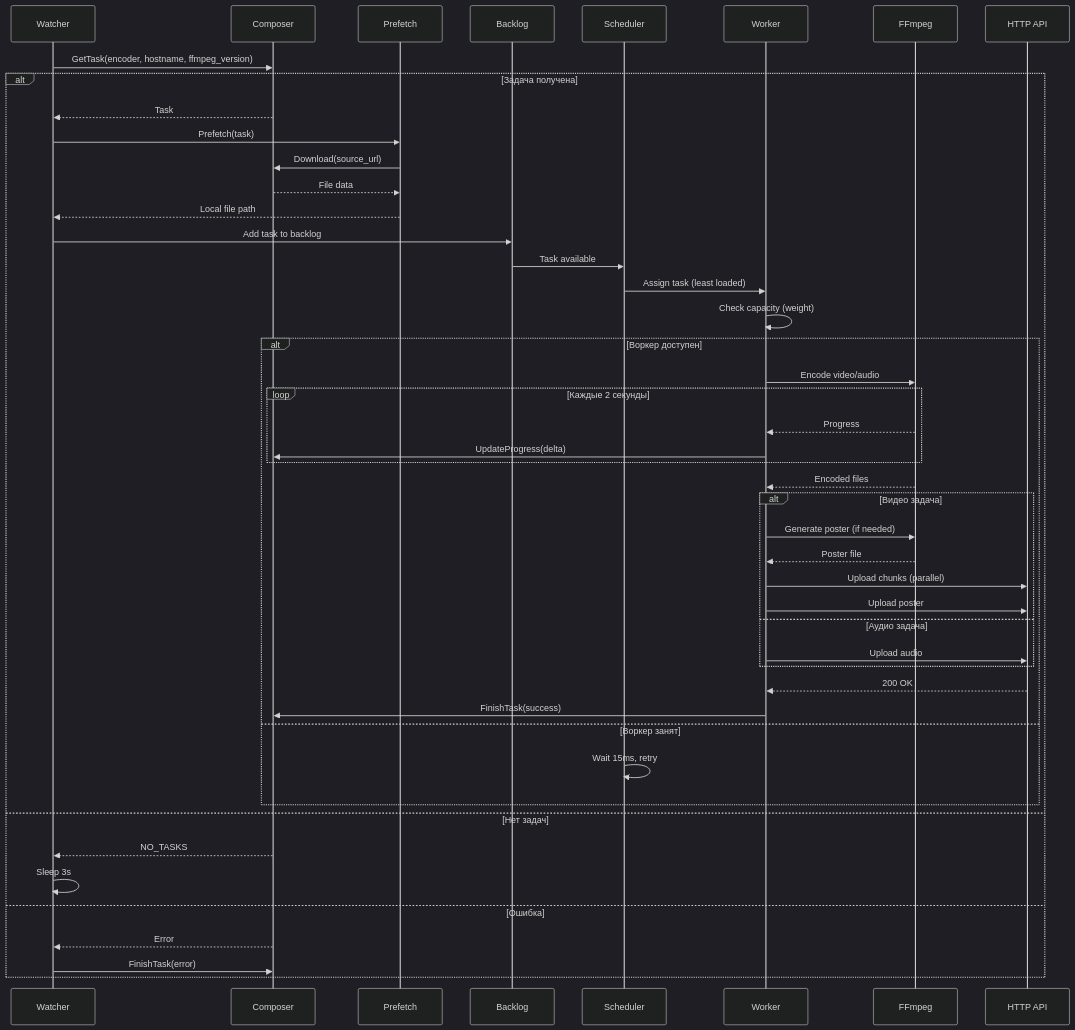
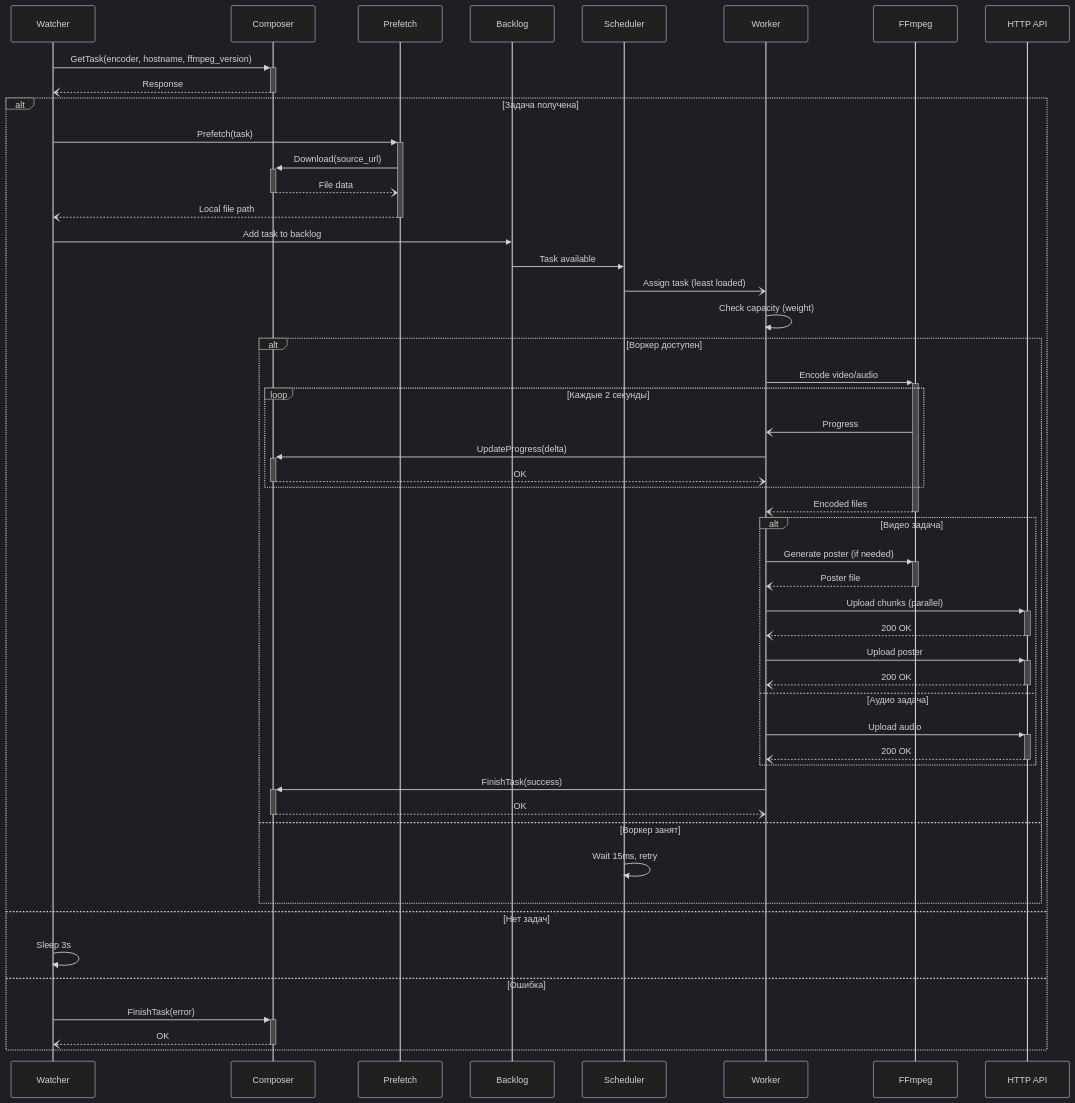
The second of 8 diagrams in docs/other/uml-stuff.md (timohahaa/transcoder), drawn with Mermaid (dark theme) before and after one commit. The commit also changed 2 other files, not shown here.

Commit message:
update seq diagram

````diff
--- a/docs/other/uml-stuff.md
+++ b/docs/other/uml-stuff.md
@@ -44,50 +44,53 @@
 ```mermaid
 sequenceDiagram
     participant W as Watcher
     participant C as Composer
     participant P as Prefetch
     participant B as Backlog
     participant S as Scheduler
     participant Worker as Worker
     participant F as FFmpeg
     participant HTTP as HTTP API
     
-    W->>C: GetTask(encoder, hostname, ffmpeg_version)
+    W->>+C: GetTask(encoder, hostname, ffmpeg_version)
+    C--)-W: Response
     alt Задача получена
-        C-->>W: Task
-        W->>P: Prefetch(task)
-        P->>C: Download(source_url)
-        C-->>P: File data
-        P-->>W: Local file path
+        W->>+P: Prefetch(task)
+        P->>+C: Download(source_url)
+        C--)-P: File data
+        P--)-W: Local file path
         W->>B: Add task to backlog
         B->>S: Task available
-        S->>Worker: Assign task (least loaded)
+        S-)Worker: Assign task (least loaded)
         Worker->>Worker: Check capacity (weight)
         alt Воркер доступен
-            Worker->>F: Encode video/audio
+            Worker->>+F: Encode video/audio
             loop Каждые 2 секунды
-                F-->>Worker: Progress
-                Worker->>C: UpdateProgress(delta)
+                F-)Worker: Progress
+                Worker->>+C: UpdateProgress(delta)
+                C--)-Worker: OK
             end
-            F-->>Worker: Encoded files
+            F--)-Worker: Encoded files
             alt Видео задача
-                Worker->>F: Generate poster (if needed)
-                F-->>Worker: Poster file
-                Worker->>HTTP: Upload chunks (parallel)
-                Worker->>HTTP: Upload poster
+                Worker->>+F: Generate poster (if needed)
+                F--)-Worker: Poster file
+                Worker->>+HTTP: Upload chunks (parallel)
+                HTTP--)-Worker: 200 OK
+                Worker->>+HTTP: Upload poster
+                HTTP--)-Worker: 200 OK
             else Аудио задача
-                Worker->>HTTP: Upload audio
+                Worker->>+HTTP: Upload audio
+                HTTP--)-Worker: 200 OK
             end
-            HTTP-->>Worker: 200 OK
-            Worker->>C: FinishTask(success)
+            Worker->>+C: FinishTask(success)
+            C--)-Worker: OK
         else Воркер занят
             S->>S: Wait 15ms, retry
         end
     else Нет задач
-        C-->>W: NO_TASKS
         W->>W: Sleep 3s
     else Ошибка
-        C-->>W: Error
-        W->>C: FinishTask(error)
+        W->>+C: FinishTask(error)
+        C--)-W: OK
     end
 ```
````
